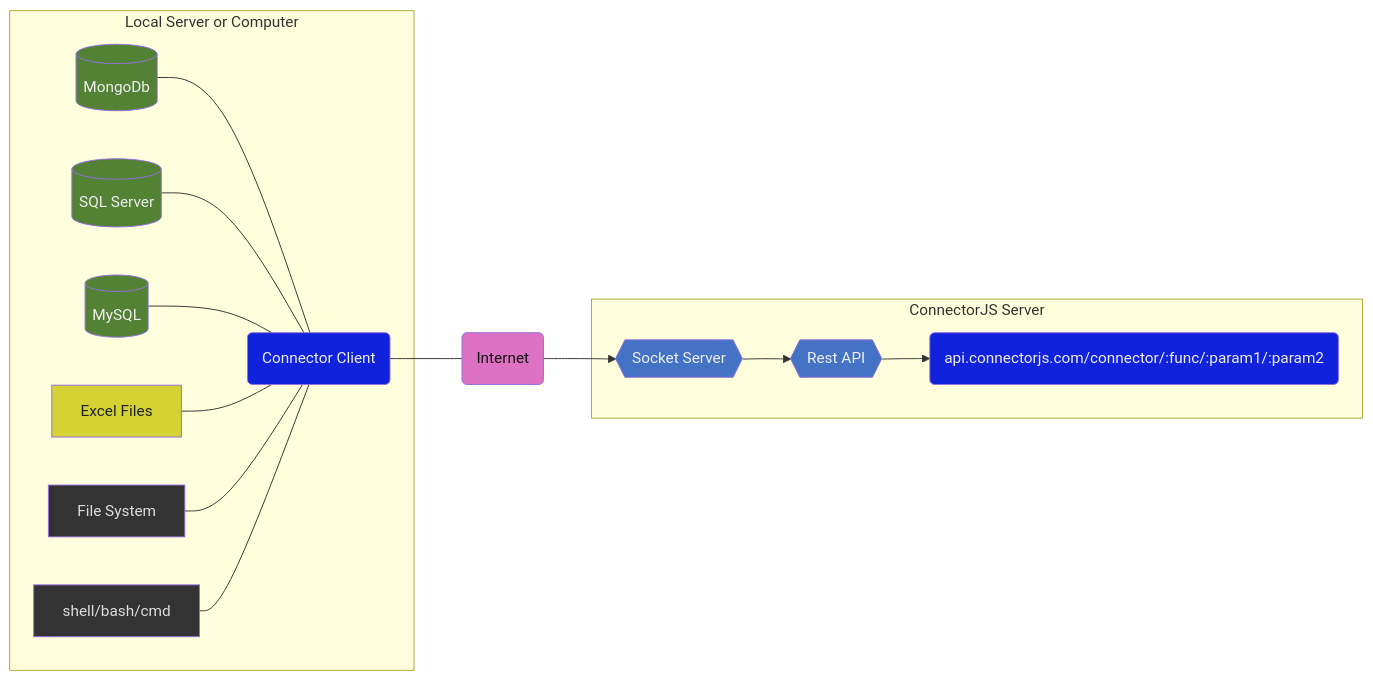
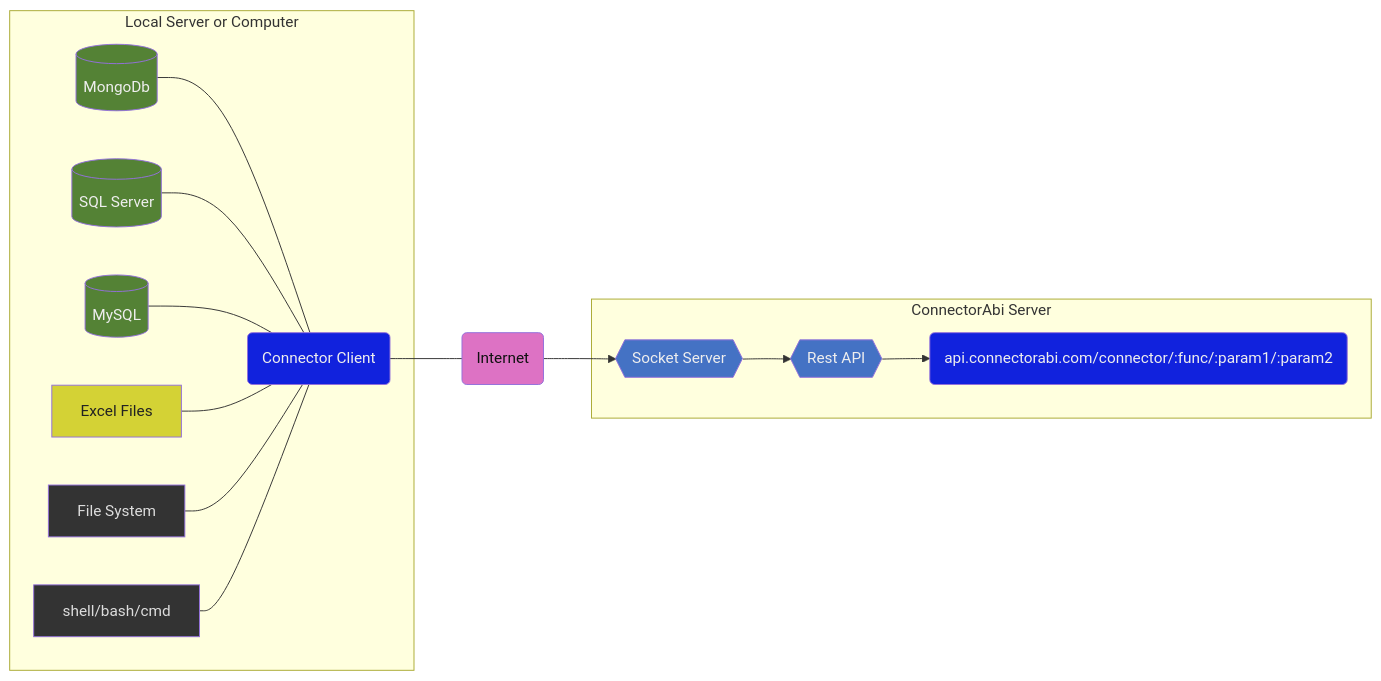
The diagram in README.md (connectorabi/server), drawn with Mermaid before and after one commit. The commit also changed other lines of this file and 1 other file, not shown here.

````diff
--- a/README.md
+++ b/README.md
@@ -50,43 +50,46 @@
 ```mermaid
 graph LR
-cc(api.connectorjs.com/connector/:func/:param1/:param2);style cc fill:#1122dd,color:#eee;
+cc(api.connectorabi.com/connector/:func/:param1/:param2);style cc fill:#1122dd,color:#eee;
 conn(Connector Client);style conn fill:#1122dd,color:#eee;
 mdb[(MongoDb)];style mdb fill:#548235,color:#eee;
 mssql[(SQL Server)];style mssql fill:#548235,color:#eee;
 mysql[(MySQL)];style mysql fill:#548235,color:#eee;
 xls[Excel Files];style xls fill:#d4d235,color:#222;
 fs[File System];style fs fill:#333333,color:#ddd;
 cmd[shell/bash/cmd];style cmd fill:#333333,color:#ddd;
 ra{{Rest API}};style ra fill:#4472c4,color:#eee;
 socket{{Socket Server}};style socket fill:#4472c4,color:#eee;
 internet(Internet);style internet fill:#dd72c4,color:#111;
 
 mdb --- conn
 mssql --- conn
 mysql --- conn
 xls --- conn
 fs --- conn
 cmd --- conn
 
 conn --- internet
 internet --> socket
 socket --> ra
 ra -->cc
 
 subgraph UI [Local Server or Computer]
 mdb
 mssql
 mysql
 xls
 fs
 cmd
 conn
 end
 
-subgraph dd [ConnectorJS Server]
+subgraph dd [ConnectorAbi Server]
 socket
 cc
 ra
 end
 
+
+
+
 ```
````
